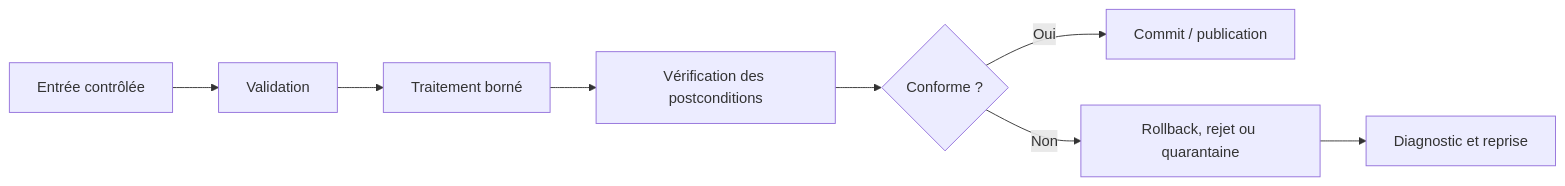
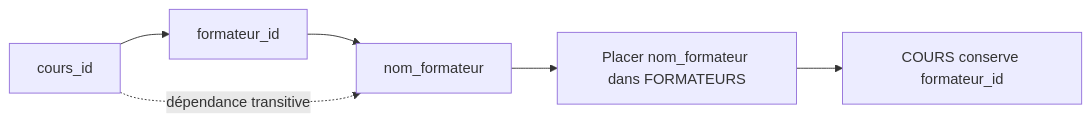
Before and after one commit to biggyseven/Skill-Tree: the fifth of 8 diagrams in content/lessons/data-normalisation-debutant.md, drawn with Mermaid. The commit also changed other lines of this file, not shown here.

````diff
--- a/content/lessons/data-normalisation-debutant.md
+++ b/content/lessons/data-normalisation-debutant.md
@@ -112,10 +280,8 @@
-```mermaid
+~~~mermaid
 flowchart LR
-    S["Entrée contrôlée"] --> V["Validation"]
-    V --> T["Traitement borné"]
-    T --> Q["Vérification des postconditions"]
-    Q --> R{"Conforme ?"}
-    R -- "Oui" --> C["Commit / publication"]
-    R -- "Non" --> X["Rollback, rejet ou quarantaine"]
-    X --> I["Diagnostic et reprise"]
-```
+    C["cours_id"] --> F["formateur_id"]
+    F --> N["nom_formateur"]
+    C -. "dépendance transitive" .-> N
+    N --> T["Placer nom_formateur dans FORMATEURS"]
+    T --> R["COURS conserve formateur_id"]
+~~~
````
